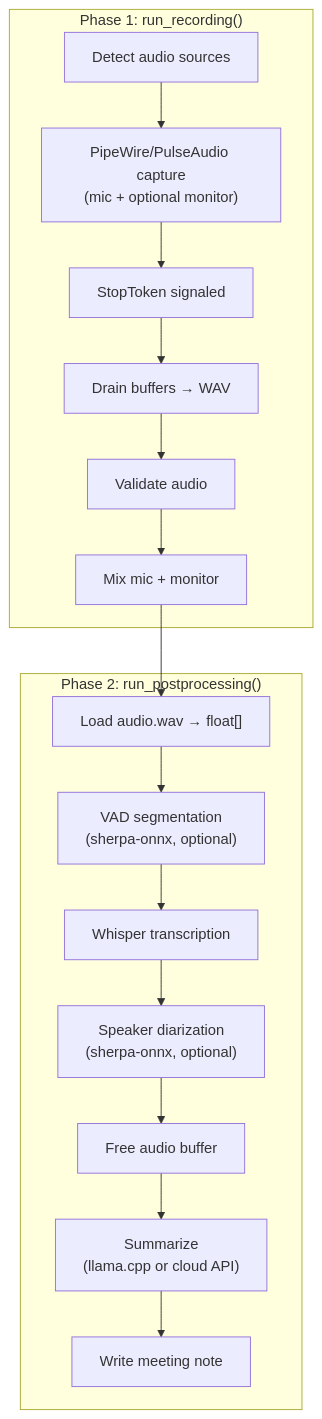
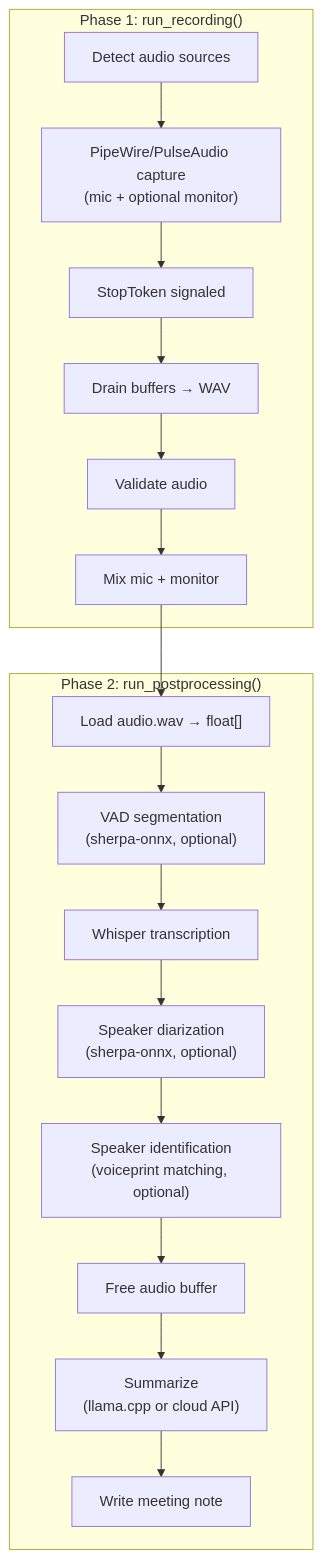
Before and after one commit to suykerbuyk/recmeet: the second of 10 diagrams in docs/ARCHITECTURE.md, drawn with Mermaid. The commit also changed other lines of this file and 15 other files, not shown here.

````diff
--- a/docs/ARCHITECTURE.md
+++ b/docs/ARCHITECTURE.md
@@ -202,25 +202,26 @@
 ```mermaid
 flowchart TD
     subgraph "Phase 1: run_recording()"
         DETECT["Detect audio sources"]
         CAPTURE["PipeWire/PulseAudio capture<br/>(mic + optional monitor)"]
         STOP["StopToken signaled"]
         DRAIN["Drain buffers → WAV"]
         VALIDATE["Validate audio"]
         MIX["Mix mic + monitor"]
     end
 
     subgraph "Phase 2: run_postprocessing()"
         LOAD_AUDIO["Load audio.wav → float[]"]
         VAD["VAD segmentation<br/>(sherpa-onnx, optional)"]
         TRANSCRIBE["Whisper transcription"]
         DIARIZE["Speaker diarization<br/>(sherpa-onnx, optional)"]
+        IDENTIFY["Speaker identification<br/>(voiceprint matching, optional)"]
         FREE_AUDIO["Free audio buffer"]
         SUMMARIZE["Summarize<br/>(llama.cpp or cloud API)"]
         NOTE["Write meeting note"]
     end
 
     DETECT --> CAPTURE --> STOP --> DRAIN --> VALIDATE --> MIX
     MIX --> LOAD_AUDIO --> VAD --> TRANSCRIBE --> DIARIZE
-    DIARIZE --> FREE_AUDIO --> SUMMARIZE --> NOTE
+    DIARIZE --> IDENTIFY --> FREE_AUDIO --> SUMMARIZE --> NOTE
 ```
````
